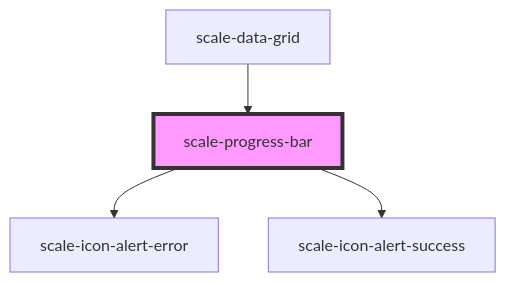
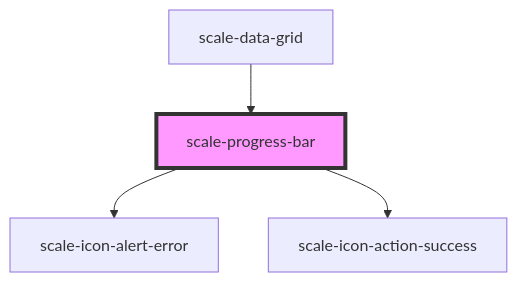
Before and after one commit to telekom/scale: the diagram in packages/components/src/components/progress-bar/readme.md, drawn with Mermaid. The commit also changed other lines of this file and 787 other files, not shown here.

````diff
--- a/packages/components/src/components/progress-bar/readme.md
+++ b/packages/components/src/components/progress-bar/readme.md
@@ -51,7 +51,7 @@
 ```mermaid
 graph TD;
   scale-progress-bar --> scale-icon-alert-error
-  scale-progress-bar --> scale-icon-alert-success
+  scale-progress-bar --> scale-icon-action-success
   scale-data-grid --> scale-progress-bar
   style scale-progress-bar fill:#f9f,stroke:#333,stroke-width:4px
 ```
````
